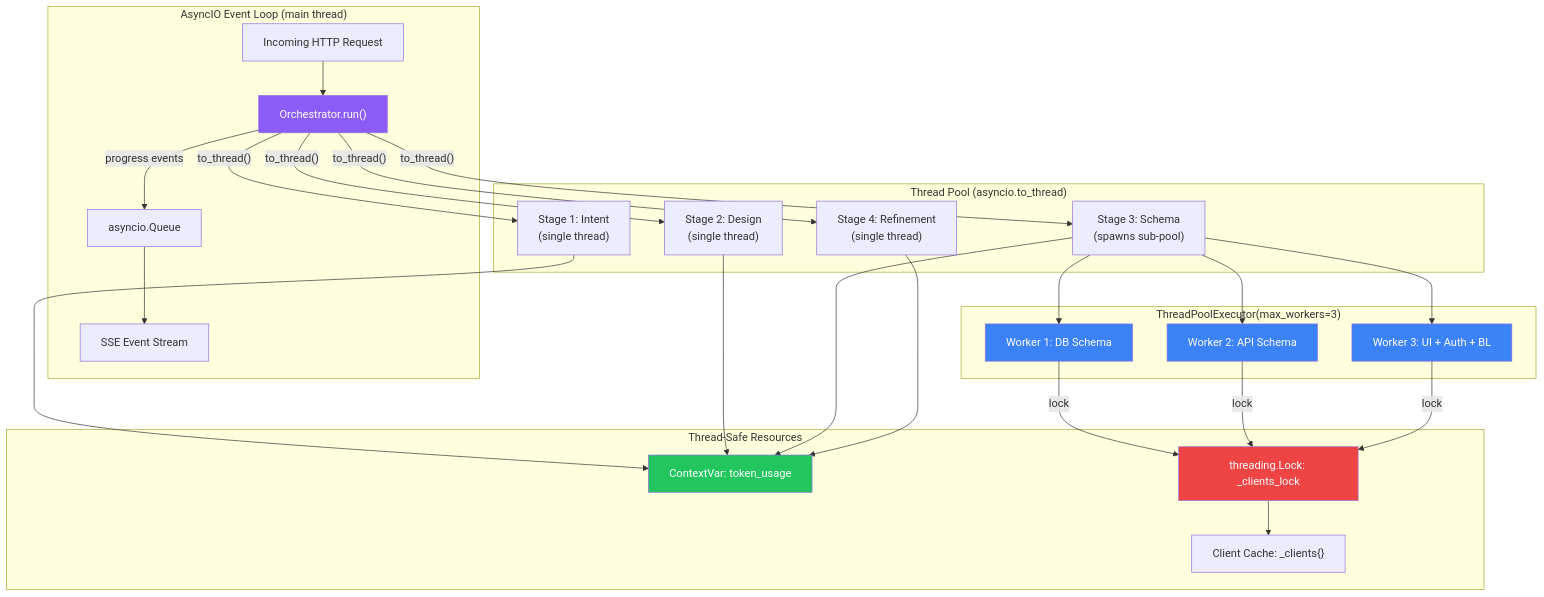
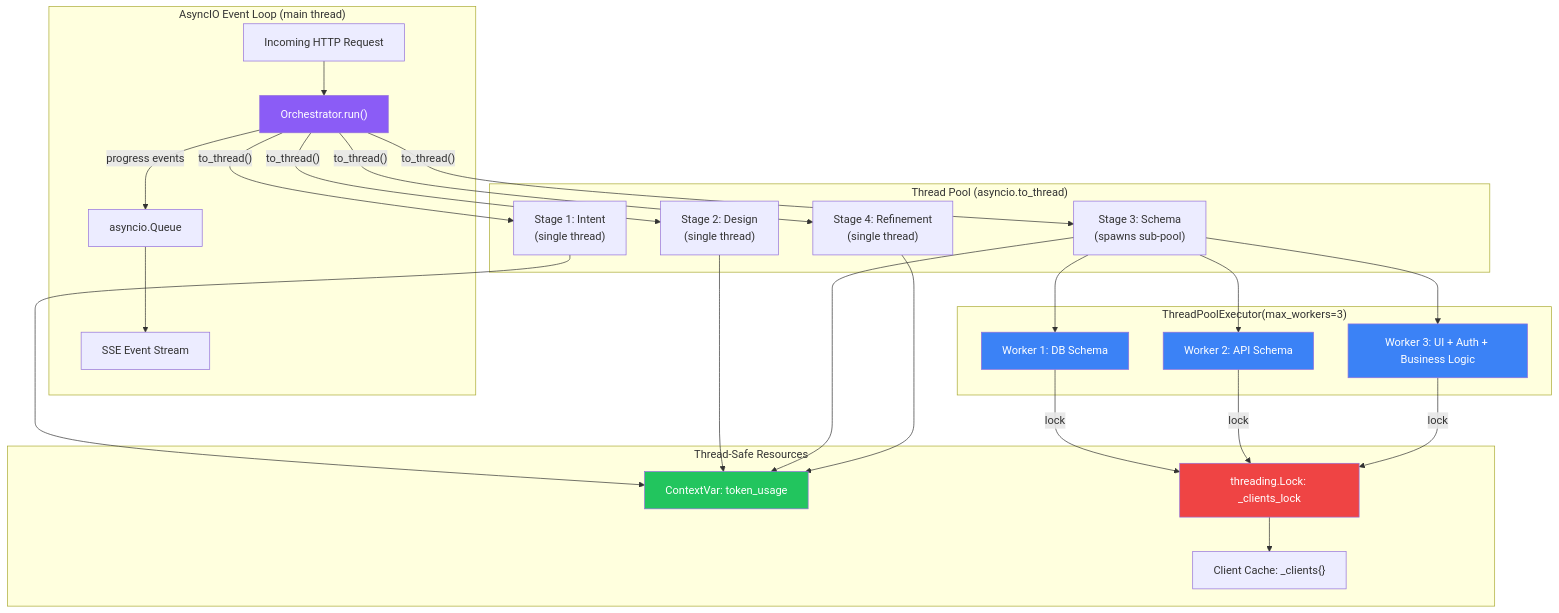
One commit to notsooamit/app-compiler changed diagram 17 of 24 in SOFTWARE_ARCHITECTURE.md. Above: the diagram before and after it, drawn with Mermaid. The commit also changed other lines of this file and 1 other file, not shown here.

````diff
--- a/SOFTWARE_ARCHITECTURE.md
+++ b/SOFTWARE_ARCHITECTURE.md
@@ -857,48 +940,48 @@
 ```mermaid
 graph TB
     subgraph "AsyncIO Event Loop (main thread)"
         REQ["Incoming HTTP Request"]
         ORCH["Orchestrator.run()"]
         SSE["SSE Event Stream"]
         QUEUE["asyncio.Queue"]
     end
     
     subgraph "Thread Pool (asyncio.to_thread)"
         S1["Stage 1: Intent<br/>(single thread)"]
         S2["Stage 2: Design<br/>(single thread)"]
         S3_MAIN["Stage 3: Schema<br/>(spawns sub-pool)"]
         S4["Stage 4: Refinement<br/>(single thread)"]
     end
     
     subgraph "ThreadPoolExecutor(max_workers=3)"
         W1["Worker 1: DB Schema"]
         W2["Worker 2: API Schema"]
-        W3["Worker 3: UI + Auth + BL"]
+        W3["Worker 3: UI + Auth + Business Logic"]
     end
     
     subgraph "Thread-Safe Resources"
         CTX["ContextVar: token_usage"]
         LOCK["threading.Lock: _clients_lock"]
         CACHE["Client Cache: _clients{}"]
     end
     
     REQ --> ORCH
     ORCH -->|"to_thread()"| S1
     ORCH -->|"to_thread()"| S2
     ORCH -->|"to_thread()"| S3_MAIN
     ORCH -->|"to_thread()"| S4
     
     S3_MAIN --> W1 & W2 & W3
     
     ORCH -->|"progress events"| QUEUE --> SSE
     
     W1 & W2 & W3 -->|"lock"| LOCK --> CACHE
     S1 & S2 & S3_MAIN & S4 --> CTX
     
     style ORCH fill:#8b5cf6,color:#fff
     style LOCK fill:#ef4444,color:#fff
     style CTX fill:#22c55e,color:#fff
     style W1 fill:#3b82f6,color:#fff
     style W2 fill:#3b82f6,color:#fff
     style W3 fill:#3b82f6,color:#fff
 ```
````
